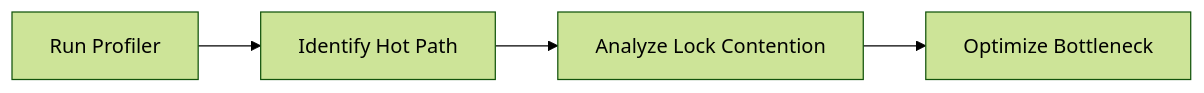
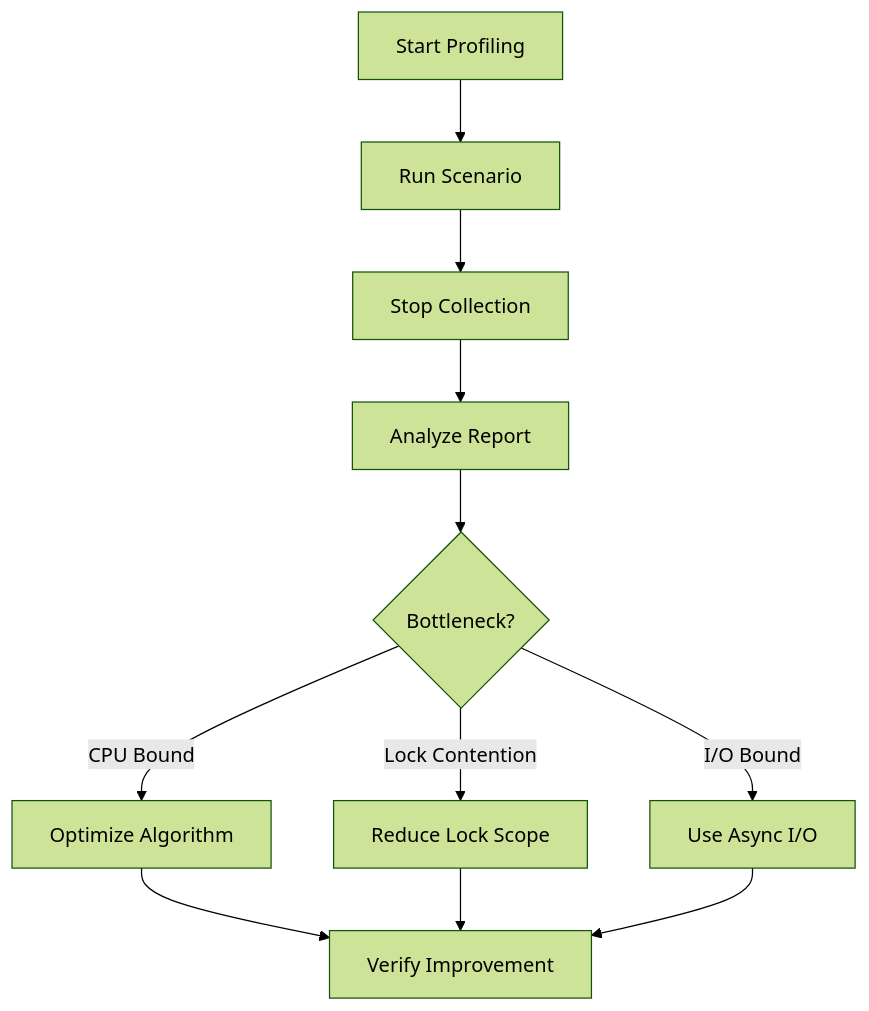
The diagram in Week28/README.md (pargame/Cpp_Study), drawn with Mermaid (forest theme) before and after one commit. The commit also changed other lines of this file and 31 other files, not shown here.

````diff
--- a/Week28/README.md
+++ b/Week28/README.md
@@ -61,6 +70,13 @@
 ```mermaid
-flowchart LR
-    A[Run Profiler] --> B[Identify Hot Path]
-    B --> C[Analyze Lock Contention]
-    C --> D[Optimize Bottleneck]
+flowchart TD
+    Start[Start Profiling] --> Run[Run Scenario]
+    Run --> Stop[Stop Collection]
+    Stop --> Analyze[Analyze Report]
+    Analyze --> Identify{Bottleneck?}
+    Identify -->|CPU Bound| OptimizeAlgo[Optimize Algorithm]
+    Identify -->|Lock Contention| ReduceLock[Reduce Lock Scope]
+    Identify -->|I/O Bound| AsyncIO[Use Async I/O]
+    OptimizeAlgo --> Verify[Verify Improvement]
+    ReduceLock --> Verify
+    AsyncIO --> Verify
 ```
````
